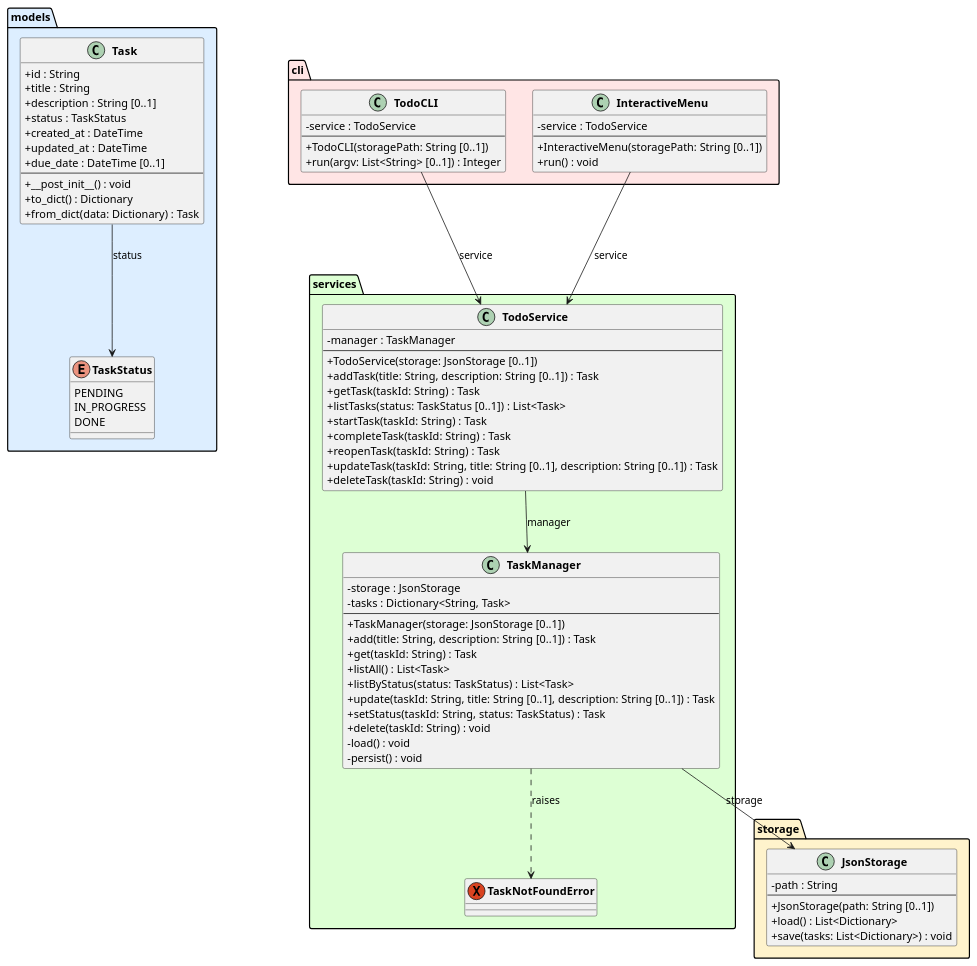
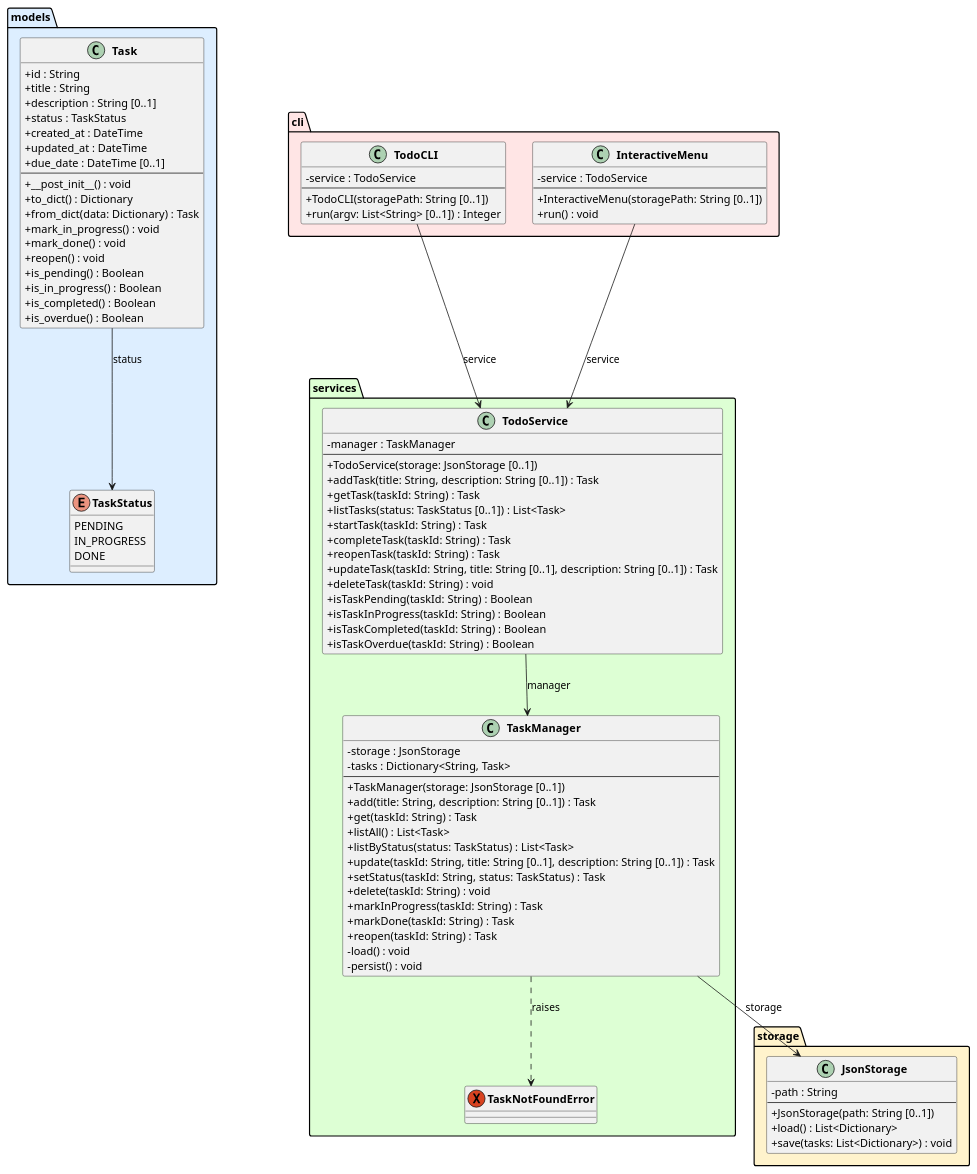
The diagram in experiments/broadcast/user_stories/TODO/artifacts/class_diagram.puml (DanielRiha8906/Software_autoevolution_using_agents), drawn with PlantUML before and after one commit. The commit also changed 6 other files, not shown here.

```diff
--- a/experiments/broadcast/user_stories/TODO/artifacts/class_diagram.puml
+++ b/experiments/broadcast/user_stories/TODO/artifacts/class_diagram.puml
@@ -1,95 +1,109 @@
 @startuml class_diagram
 
 skinparam classAttributeIconSize 0
 skinparam classFontStyle bold
 
 package "models" #DDEEFF {
     enum TaskStatus {
         PENDING
         IN_PROGRESS
         DONE
     }
 
     class Task {
         +id : String
         +title : String
         +description : String [0..1]
         +status : TaskStatus
         +created_at : DateTime
         +updated_at : DateTime
         +due_date : DateTime [0..1]
         --
         +__post_init__() : void
         +to_dict() : Dictionary
         +from_dict(data: Dictionary) : Task
+        +mark_in_progress() : void
+        +mark_done() : void
+        +reopen() : void
+        +is_pending() : Boolean
+        +is_in_progress() : Boolean
+        +is_completed() : Boolean
+        +is_overdue() : Boolean
     }
 }
 
 package "storage" #FFF3CC {
     class JsonStorage {
         -path : String
         --
         +JsonStorage(path: String [0..1])
         +load() : List<Dictionary>
         +save(tasks: List<Dictionary>) : void
     }
 }
 
 package "services" #DDFFD4 {
     exception TaskNotFoundError
 
     class TaskManager {
         -storage : JsonStorage
         -tasks : Dictionary<String, Task>
         --
         +TaskManager(storage: JsonStorage [0..1])
         +add(title: String, description: String [0..1]) : Task
         +get(taskId: String) : Task
         +listAll() : List<Task>
         +listByStatus(status: TaskStatus) : List<Task>
         +update(taskId: String, title: String [0..1], description: String [0..1]) : Task
         +setStatus(taskId: String, status: TaskStatus) : Task
         +delete(taskId: String) : void
+        +markInProgress(taskId: String) : Task
+        +markDone(taskId: String) : Task
+        +reopen(taskId: String) : Task
         -load() : void
         -persist() : void
     }
 
     class TodoService {
         -manager : TaskManager
         --
         +TodoService(storage: JsonStorage [0..1])
         +addTask(title: String, description: String [0..1]) : Task
         +getTask(taskId: String) : Task
         +listTasks(status: TaskStatus [0..1]) : List<Task>
         +startTask(taskId: String) : Task
         +completeTask(taskId: String) : Task
         +reopenTask(taskId: String) : Task
         +updateTask(taskId: String, title: String [0..1], description: String [0..1]) : Task
         +deleteTask(taskId: String) : void
+        +isTaskPending(taskId: String) : Boolean
+        +isTaskInProgress(taskId: String) : Boolean
+        +isTaskCompleted(taskId: String) : Boolean
+        +isTaskOverdue(taskId: String) : Boolean
     }
 }
 
 package "cli" #FFE5E5 {
     class TodoCLI {
         -service : TodoService
         --
         +TodoCLI(storagePath: String [0..1])
         +run(argv: List<String> [0..1]) : Integer
     }
 
     class InteractiveMenu {
         -service : TodoService
         --
         +InteractiveMenu(storagePath: String [0..1])
         +run() : void
     }
 }
 
 Task --> TaskStatus : status
 TaskManager --> JsonStorage : storage
 TaskManager ..> TaskNotFoundError : raises
 TodoService --> TaskManager : manager
 TodoCLI --> TodoService : service
 InteractiveMenu --> TodoService : service
 
 @enduml
```
